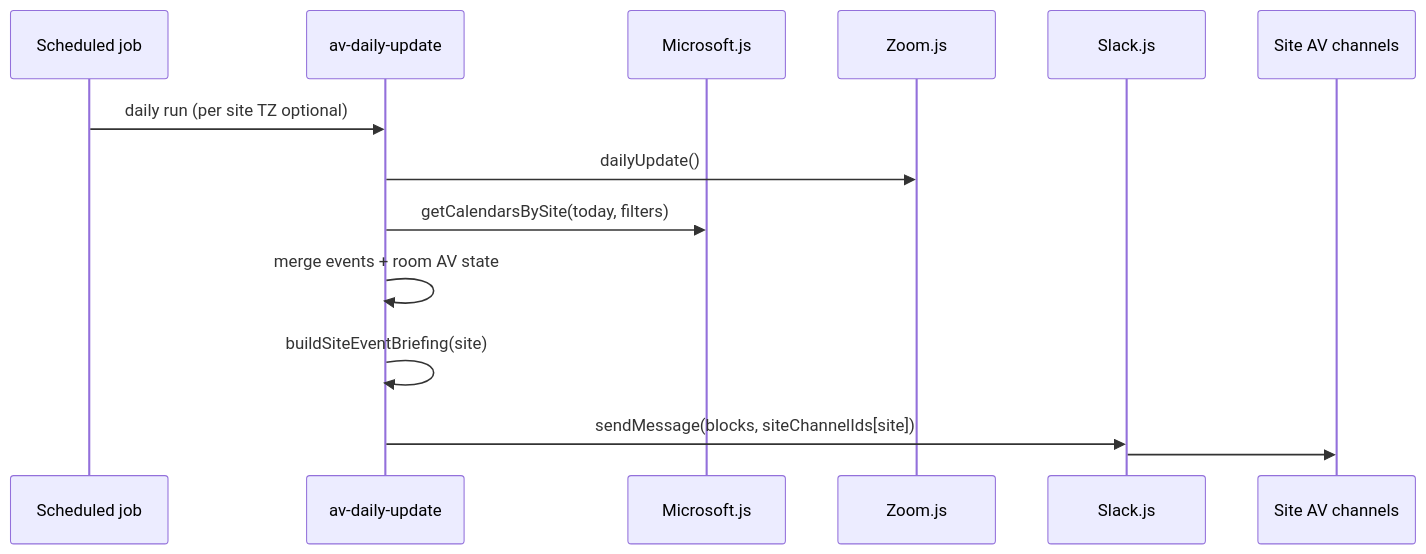
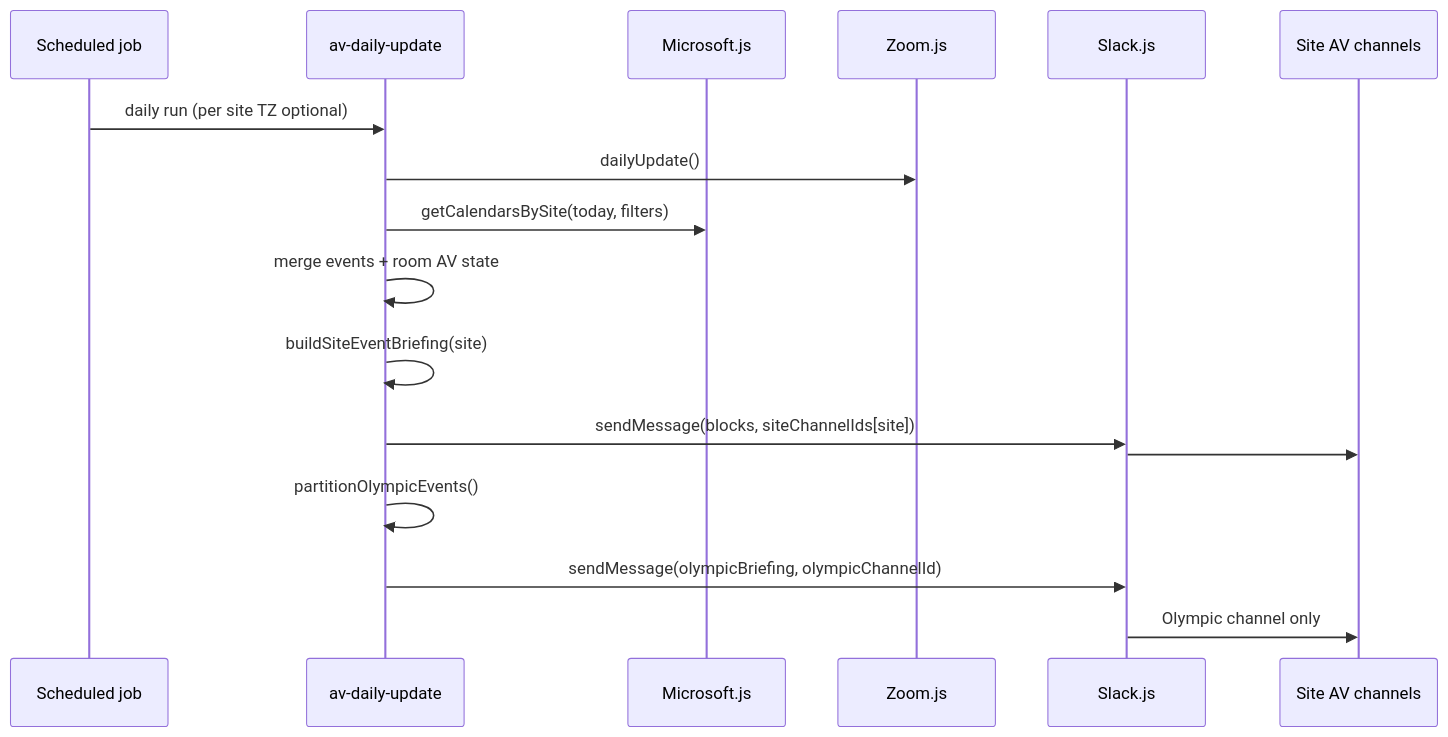
One commit to v-cortneye-pixel/av-abserve changed the diagram in av-observe-main/docs/office-day-copilot/PHASE-1-SPEC.md. Above: the diagram before and after it, drawn with Mermaid. The commit also changed other lines of this file and 2 other files, not shown here.

First line of the commit message:
Route Olympic Board Room events to Olympic channel only

````diff
--- a/av-observe-main/docs/office-day-copilot/PHASE-1-SPEC.md
+++ b/av-observe-main/docs/office-day-copilot/PHASE-1-SPEC.md
@@ -11,17 +11,20 @@
 ```mermaid
 sequenceDiagram
   participant Cron as Scheduled job
   participant App as av-daily-update
   participant MS as Microsoft.js
   participant Zoom as Zoom.js
   participant Slack as Slack.js
   participant Ch as Site AV channels
 
   Cron->>App: daily run (per site TZ optional)
   App->>Zoom: dailyUpdate()
   App->>MS: getCalendarsBySite(today, filters)
   App->>App: merge events + room AV state
   App->>App: buildSiteEventBriefing(site)
   App->>Slack: sendMessage(blocks, siteChannelIds[site])
   Slack->>Ch: #av-irv, #av-sea, etc.
+  App->>App: partitionOlympicEvents()
+  App->>Slack: sendMessage(olympicBriefing, olympicChannelId)
+  Slack->>Ch: Olympic channel only
 ```
````
